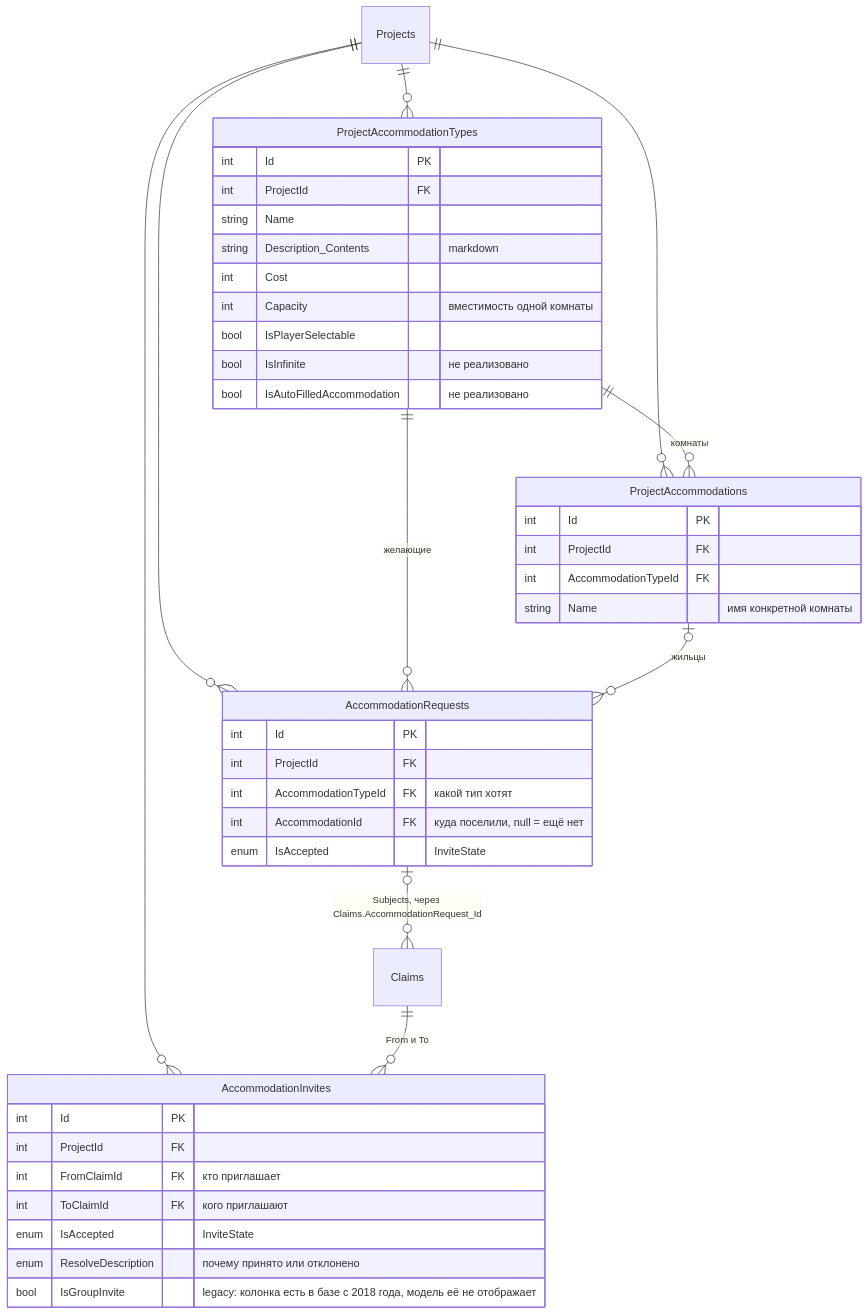
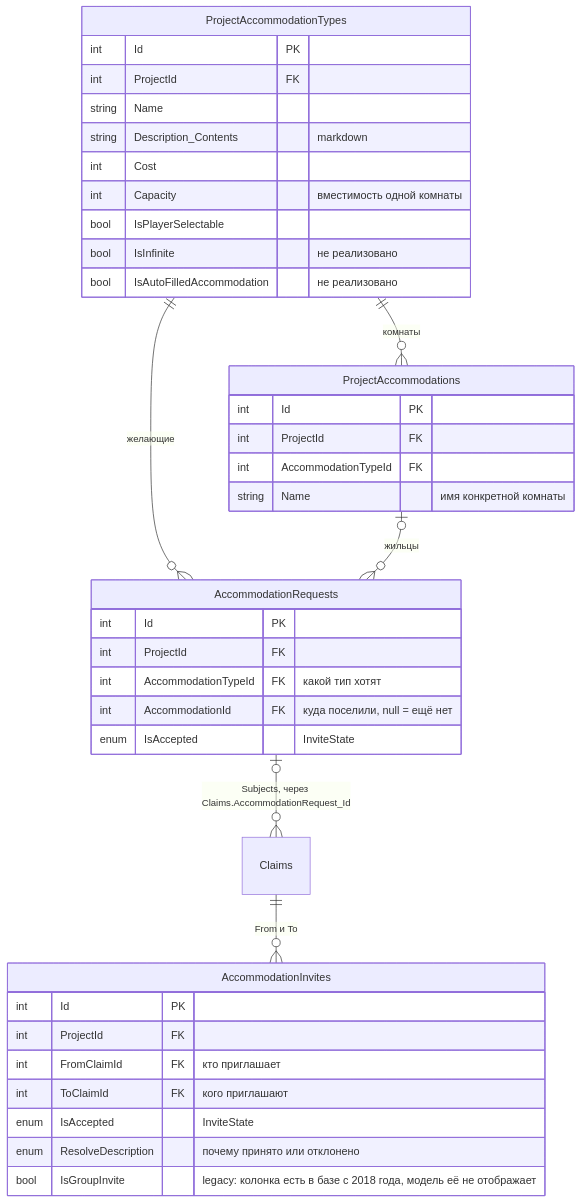
The eighth of 11 diagrams in docs/db-schema.md (joinrpg/joinrpg-net), drawn with Mermaid before and after one commit. The commit also changed other lines of this file, not shown here.

First line of the commit message:
docs: убрать из доменных диаграмм связи с Projects и служебные связи с Users

````diff
--- a/docs/db-schema.md
+++ b/docs/db-schema.md
@@ -641,49 +638,45 @@
 ```mermaid
 erDiagram
     ProjectAccommodationTypes {
         int Id PK
         int ProjectId FK
         string Name
         string Description_Contents "markdown"
         int Cost
         int Capacity "вместимость одной комнаты"
         bool IsPlayerSelectable
         bool IsInfinite "не реализовано"
         bool IsAutoFilledAccommodation "не реализовано"
     }
 
     ProjectAccommodations {
         int Id PK
         int ProjectId FK
         int AccommodationTypeId FK
         string Name "имя конкретной комнаты"
     }
 
     AccommodationRequests {
         int Id PK
         int ProjectId FK
         int AccommodationTypeId FK "какой тип хотят"
         int AccommodationId FK "куда поселили, null = ещё нет"
         enum IsAccepted "InviteState"
     }
 
     AccommodationInvites {
         int Id PK
         int ProjectId FK
         int FromClaimId FK "кто приглашает"
         int ToClaimId FK "кого приглашают"
         enum IsAccepted "InviteState"
         enum ResolveDescription "почему принято или отклонено"
         bool IsGroupInvite "legacy: колонка есть в базе с 2018 года, модель её не отображает"
     }
 
-    Projects ||--o{ ProjectAccommodationTypes : ""
-    Projects ||--o{ ProjectAccommodations : ""
-    Projects ||--o{ AccommodationRequests : ""
-    Projects ||--o{ AccommodationInvites : ""
     ProjectAccommodationTypes ||--o{ ProjectAccommodations : "комнаты"
     ProjectAccommodationTypes ||--o{ AccommodationRequests : "желающие"
     ProjectAccommodations |o--o{ AccommodationRequests : "жильцы"
     AccommodationRequests |o--o{ Claims : "Subjects, через Claims.AccommodationRequest_Id"
     Claims ||--o{ AccommodationInvites : "From и To"
 ```
````
